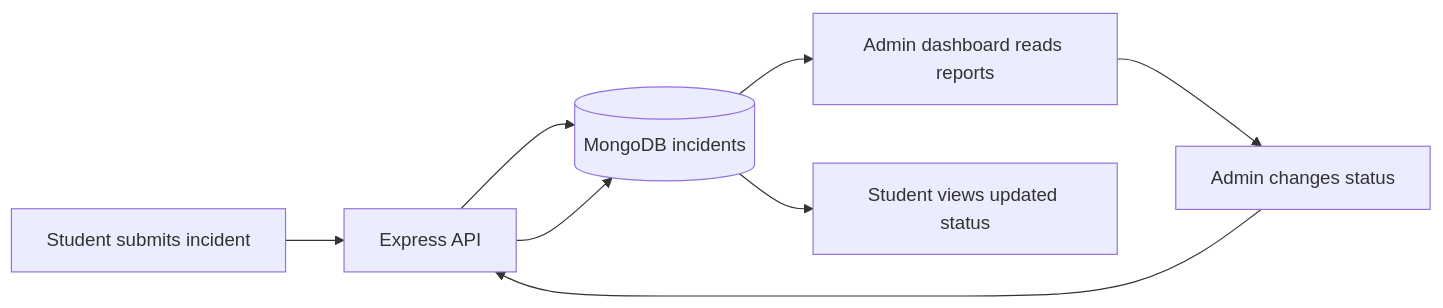
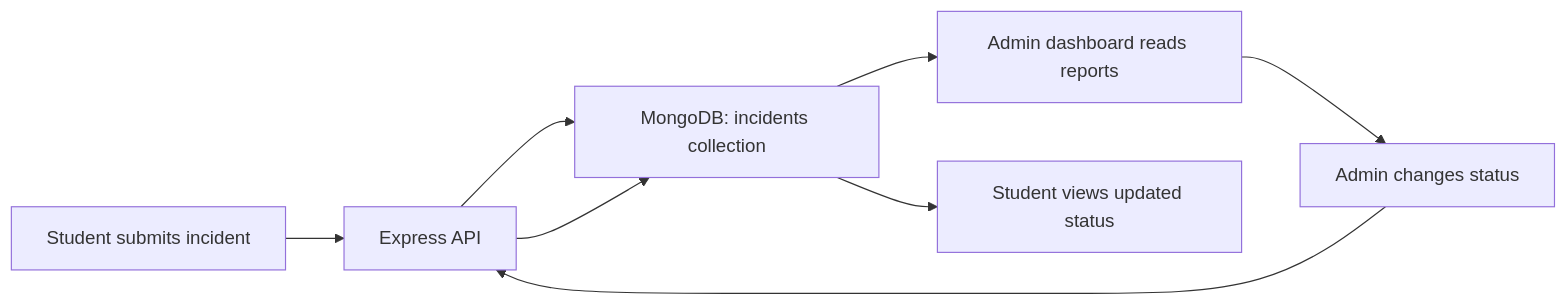
The first of 2 diagrams in README.md (WaraniLakma/CampusSafeHer), drawn with Mermaid before and after one commit. The commit also changed other lines of this file, not shown here.

Commit message:
docs: update README and fix Mermaid flowchart

````diff
--- a/README.md
+++ b/README.md
@@ -158,10 +160,10 @@
 ```mermaid
 flowchart LR
-    A[Student submits incident] --> B[Express API]
-    B --> C[(MongoDB incidents)]
-    C --> D[Admin dashboard reads reports]
-    D --> E[Admin changes status]
+    A["Student submits incident"] --> B["Express API"]
+    B --> C["MongoDB: incidents collection"]
+    C --> D["Admin dashboard reads reports"]
+    D --> E["Admin changes status"]
     E --> B
     B --> C
-    C --> F[Student views updated status]
+    C --> F["Student views updated status"]
 ```
````
